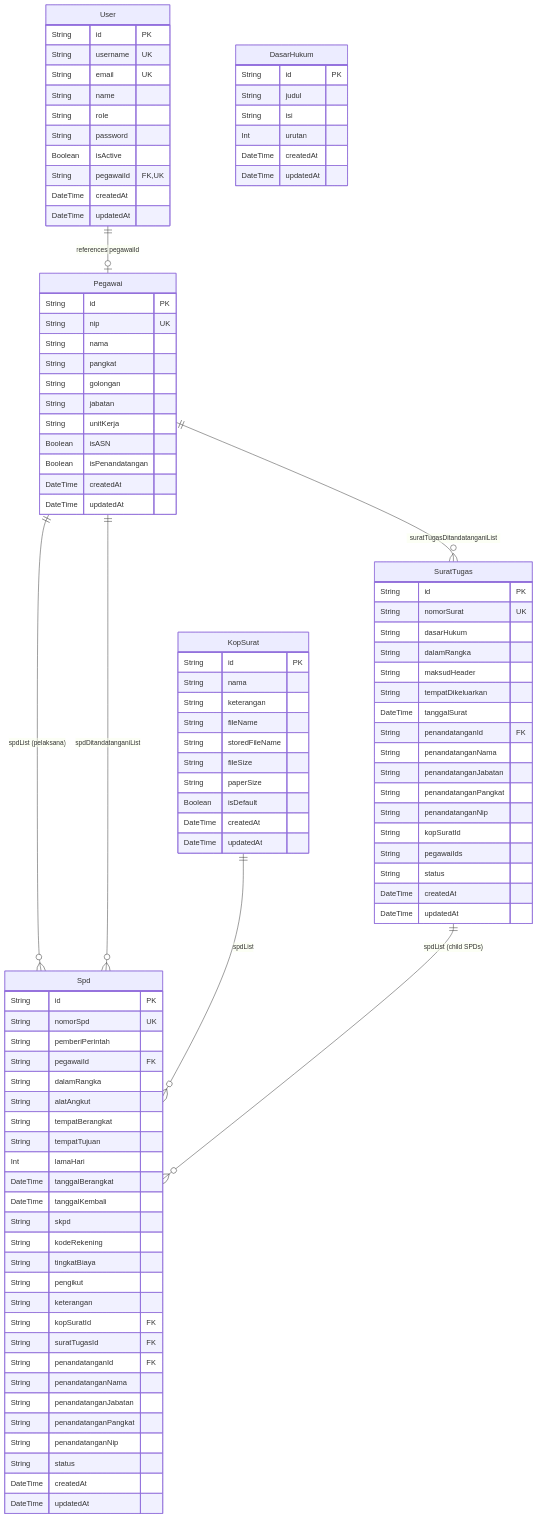
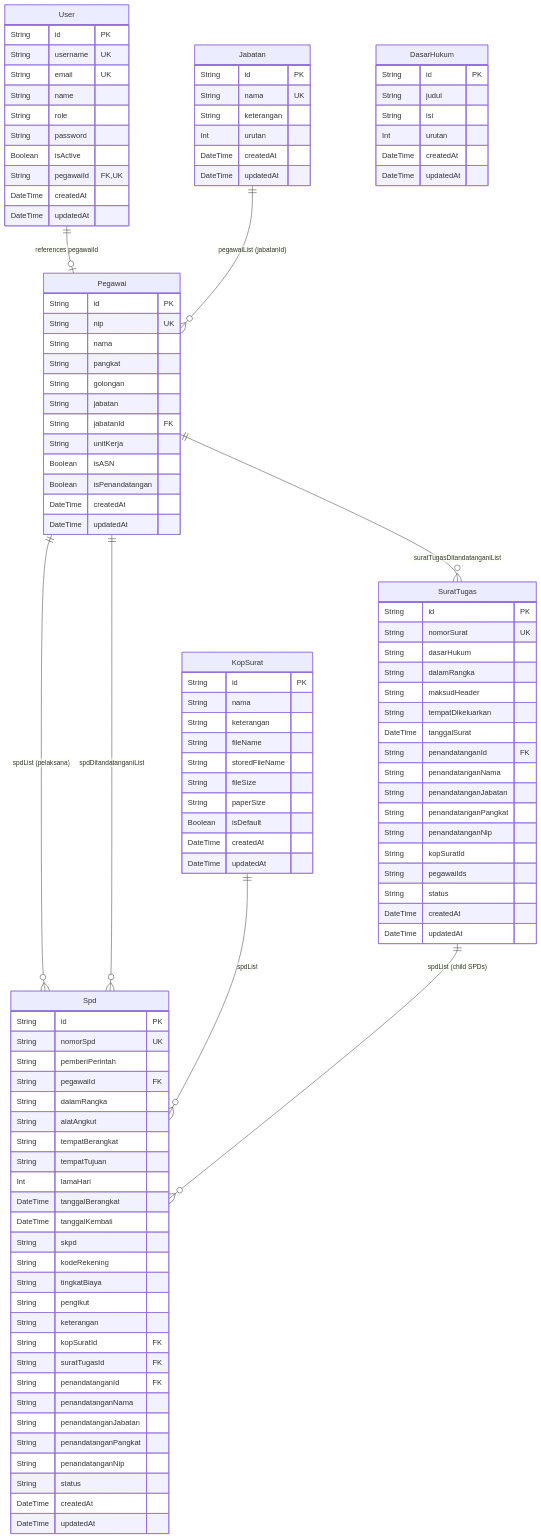
One commit to earyanto30/e-spd-kab-banggai-laut changed the first of 6 diagrams in docs/DEVELOPER_DOCUMENTATION.md. Above: the diagram before and after it, drawn with Mermaid. The commit also changed other lines of this file and 27 other files, not shown here.

```diff
--- a/docs/DEVELOPER_DOCUMENTATION.md
+++ b/docs/DEVELOPER_DOCUMENTATION.md
@@ -34,9 +34,19 @@
         String pangkat
         String golongan
         String jabatan
+        String jabatanId FK
         String unitKerja
         Boolean isASN
         Boolean isPenandatangan
+        DateTime createdAt
+        DateTime updatedAt
+    }
+
+    Jabatan {
+        String id PK
+        String nama UK
+        String keterangan
+        Int urutan
         DateTime createdAt
         DateTime updatedAt
     }
@@ -113,6 +123,7 @@
     }
 
     User ||--o| Pegawai : "references pegawaiId"
+    Jabatan ||--o{ Pegawai : "pegawaiList (jabatanId)"
     Pegawai ||--o{ Spd : "spdList (pelaksana)"
     Pegawai ||--o{ Spd : "spdDitandatanganiList"
     Pegawai ||--o{ SuratTugas : "suratTugasDitandatanganiList"
```
